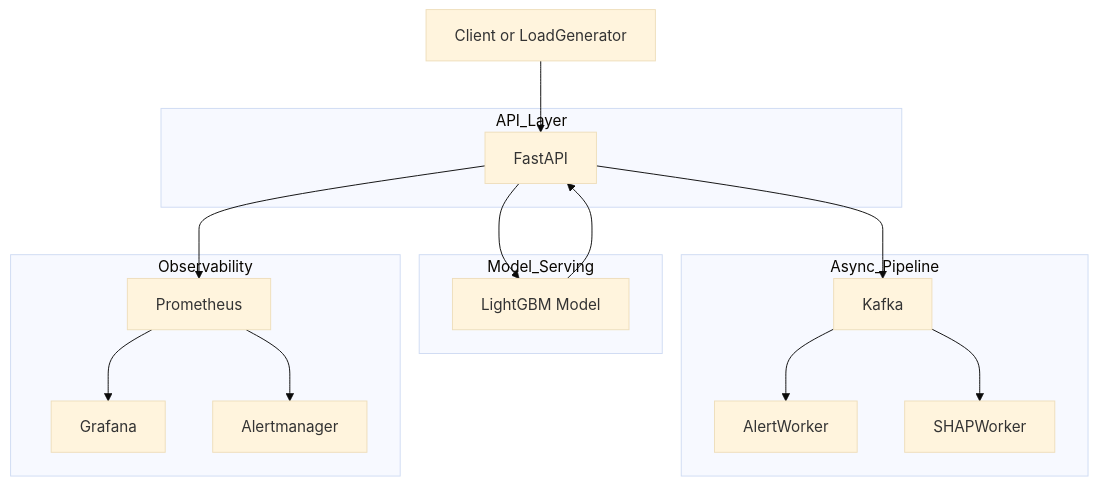
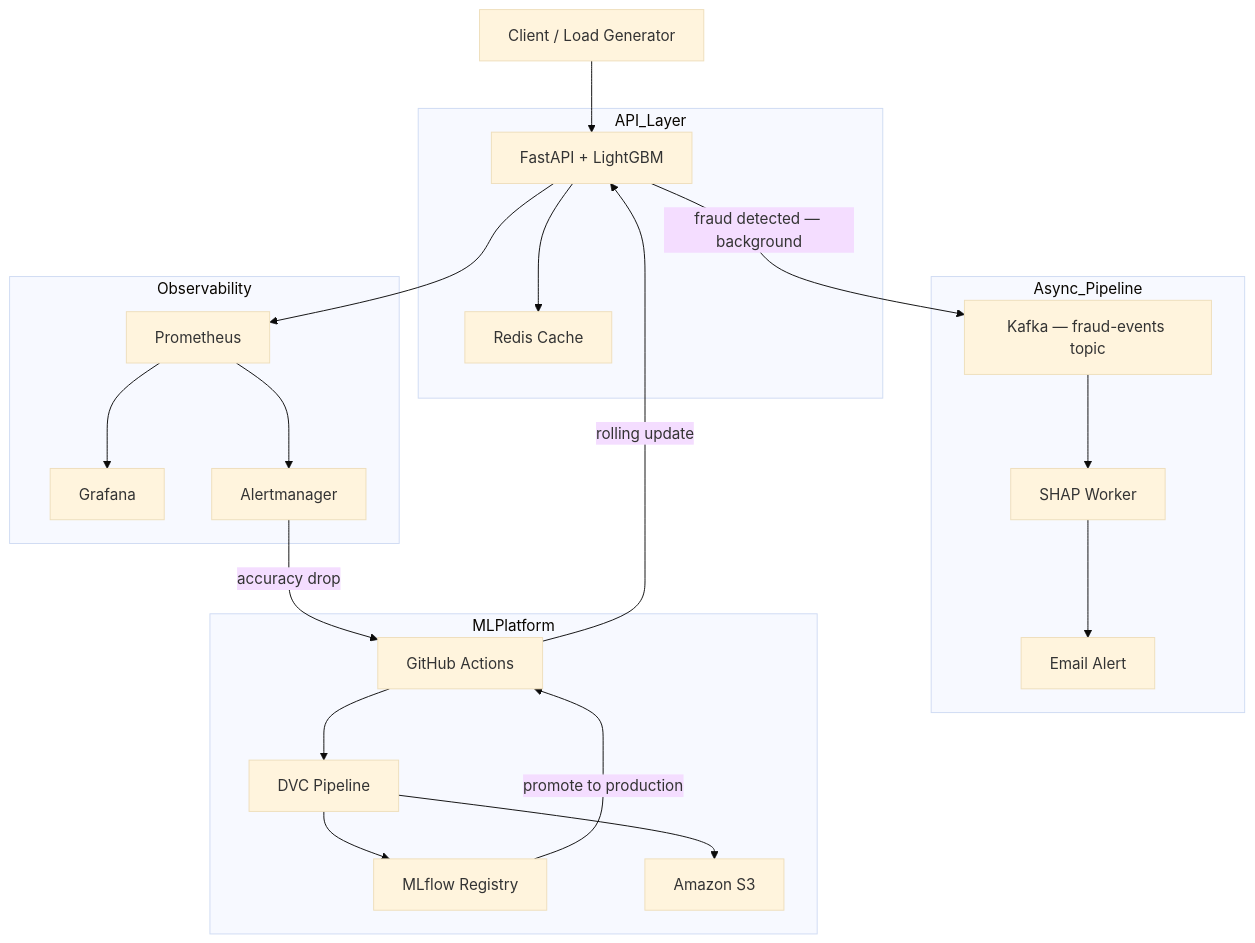
The first of 3 diagrams in README.md (akashagalave/fraudguard-ai), drawn with Mermaid (base theme) before and after one commit. The commit also changed other lines of this file and 42 other files, not shown here.

````diff
--- a/README.md
+++ b/README.md
@@ -61,36 +69,42 @@
 ```mermaid
 flowchart TD
-    Client[Client or LoadGenerator]
+    Client[Client / Load Generator]
 
     subgraph API_Layer
-        API[FastAPI]
-    end
-
-    subgraph Model_Serving
-        Model[LightGBM Model]
+        API[FastAPI + LightGBM]
+        Redis[Redis Cache]
     end
 
     subgraph Async_Pipeline
-        Kafka[Kafka]
-        Alert[AlertWorker]
-        SHAP[SHAPWorker]
+        Kafka[Kafka — fraud-events topic]
+        SHAP[SHAP Worker]
+        Email[Email Alert]
     end
 
     subgraph Observability
         Prom[Prometheus]
         Grafana[Grafana]
         Alertmanager[Alertmanager]
     end
 
+    subgraph MLPlatform
+        GH[GitHub Actions]
+        DVC[DVC Pipeline]
+        MLflow[MLflow Registry]
+        S3[Amazon S3]
+    end
+
     Client --> API
-    API --> Model
-    Model --> API
-
-    API --> Kafka
-    Kafka --> Alert
+    API --> Redis
+    API -->|fraud detected — background| Kafka
     Kafka --> SHAP
-
+    SHAP --> Email
     API --> Prom
     Prom --> Grafana
     Prom --> Alertmanager
+    Alertmanager -->|accuracy drop| GH
+    GH --> DVC --> S3
+    DVC --> MLflow
+    MLflow -->|promote to production| GH
+    GH -->|rolling update| API
 ```
````
